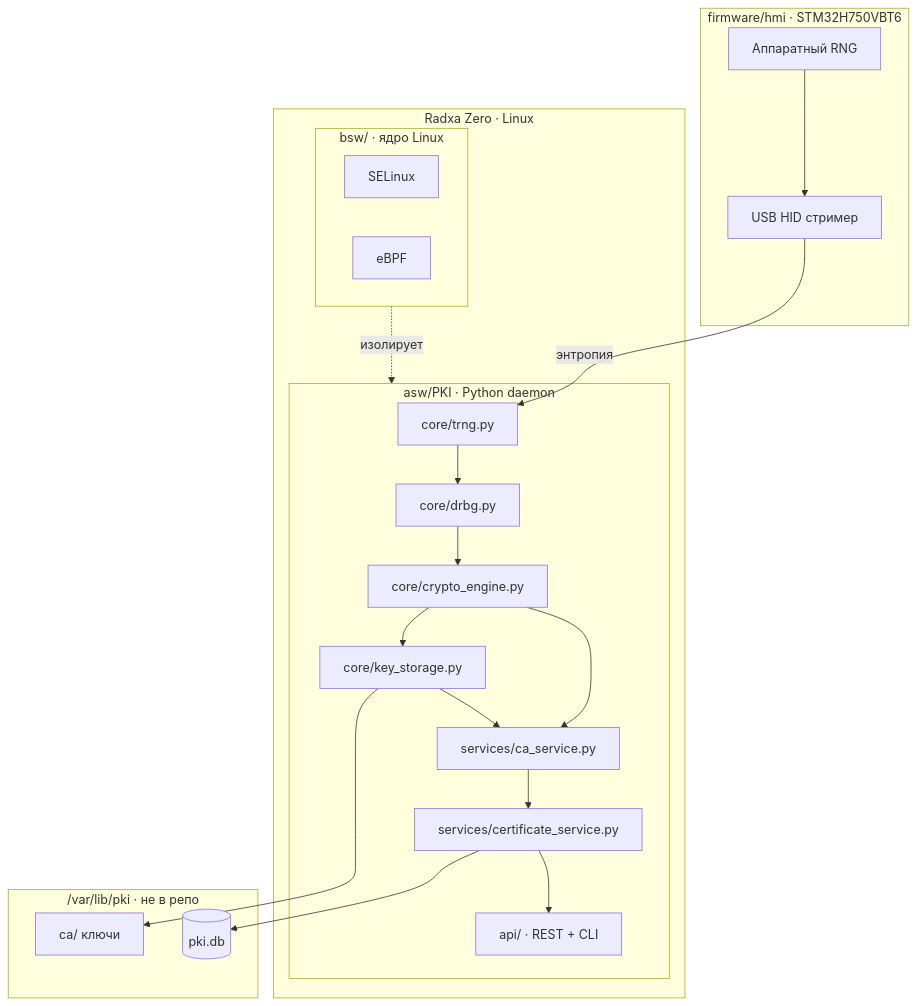
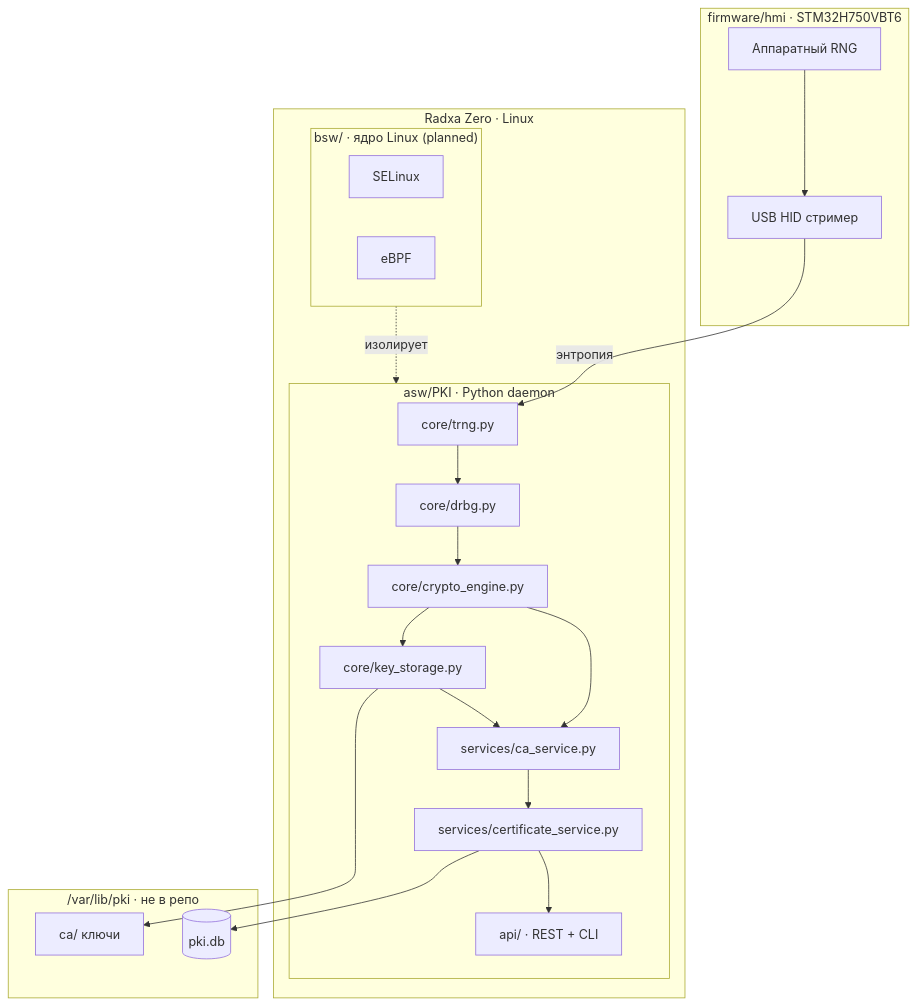
One commit to vasilievsv/hw.pki-on-box changed the first of 2 diagrams in README.md. Above: the diagram before and after it, drawn with Mermaid. The commit also changed other lines of this file, not shown here.

````diff
--- a/README.md
+++ b/README.md
@@ -22,37 +39,37 @@
 ```mermaid
 graph TB
     subgraph HMI["firmware/hmi · STM32H750VBT6"]
         TRNG_HW[Аппаратный RNG] --> USB_HID[USB HID стример]
     end
 
     subgraph SBC["Radxa Zero · Linux"]
         subgraph ASW["asw/PKI · Python daemon"]
             TRNG[core/trng.py]
             DRBG[core/drbg.py]
             CRYPTO[core/crypto_engine.py]
             KEYS[core/key_storage.py]
             CA[services/ca_service.py]
             CERT[services/certificate_service.py]
             API[api/ · REST + CLI]
 
             TRNG --> DRBG --> CRYPTO --> KEYS
             CRYPTO --> CA --> CERT --> API
             KEYS --> CA
         end
 
-        subgraph BSW["bsw/ · ядро Linux"]
+        subgraph BSW["bsw/ · ядро Linux (planned)"]
             SELINUX[SELinux]
             EBPF[eBPF]
         end
     end
 
     subgraph STORAGE["/var/lib/pki · не в репо"]
         CA_KEYS[ca/ ключи]
         DB[(pki.db)]
     end
 
     USB_HID -->|энтропия| TRNG
     BSW -. изолирует .-> ASW
     KEYS --> CA_KEYS
     CERT --> DB
 ```
````
